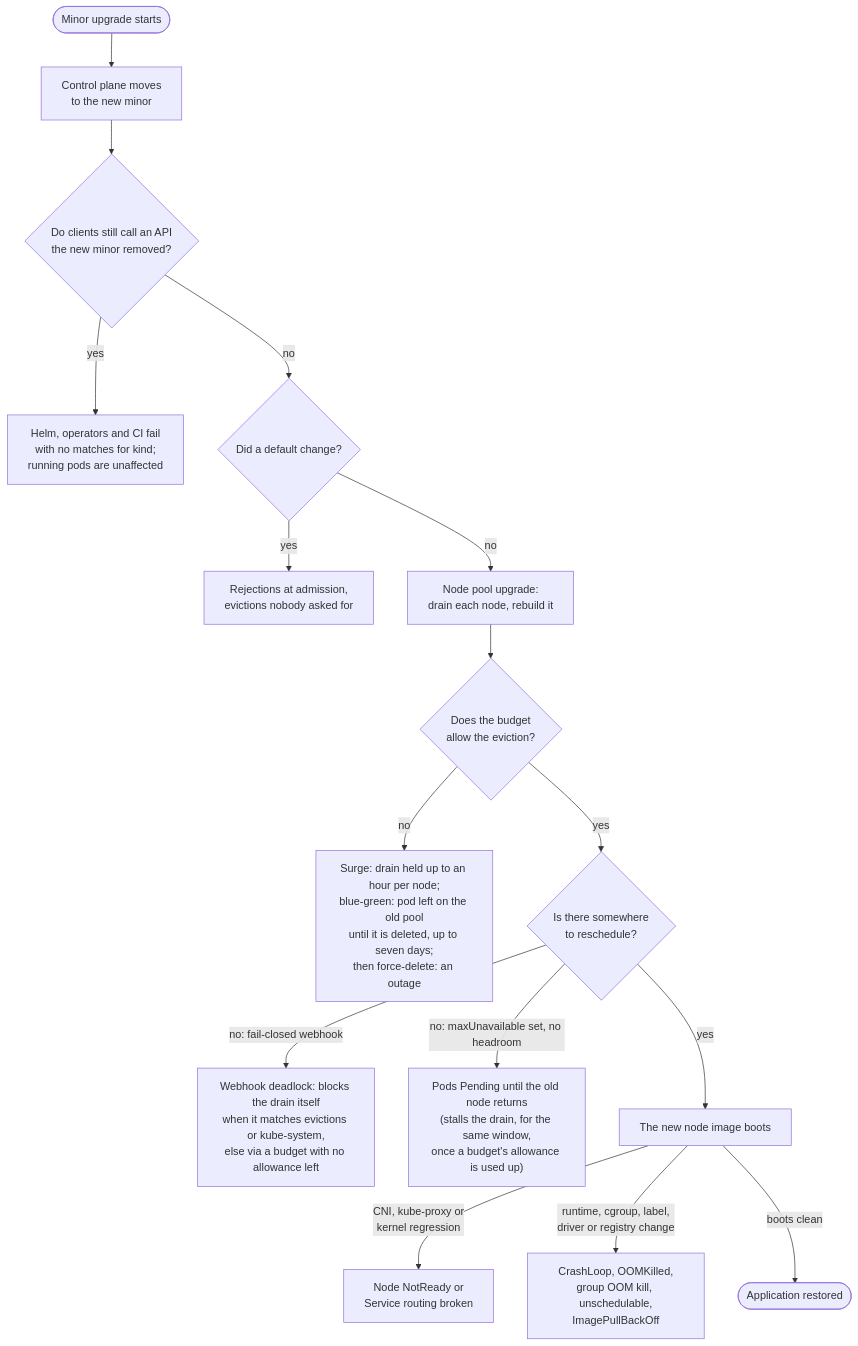
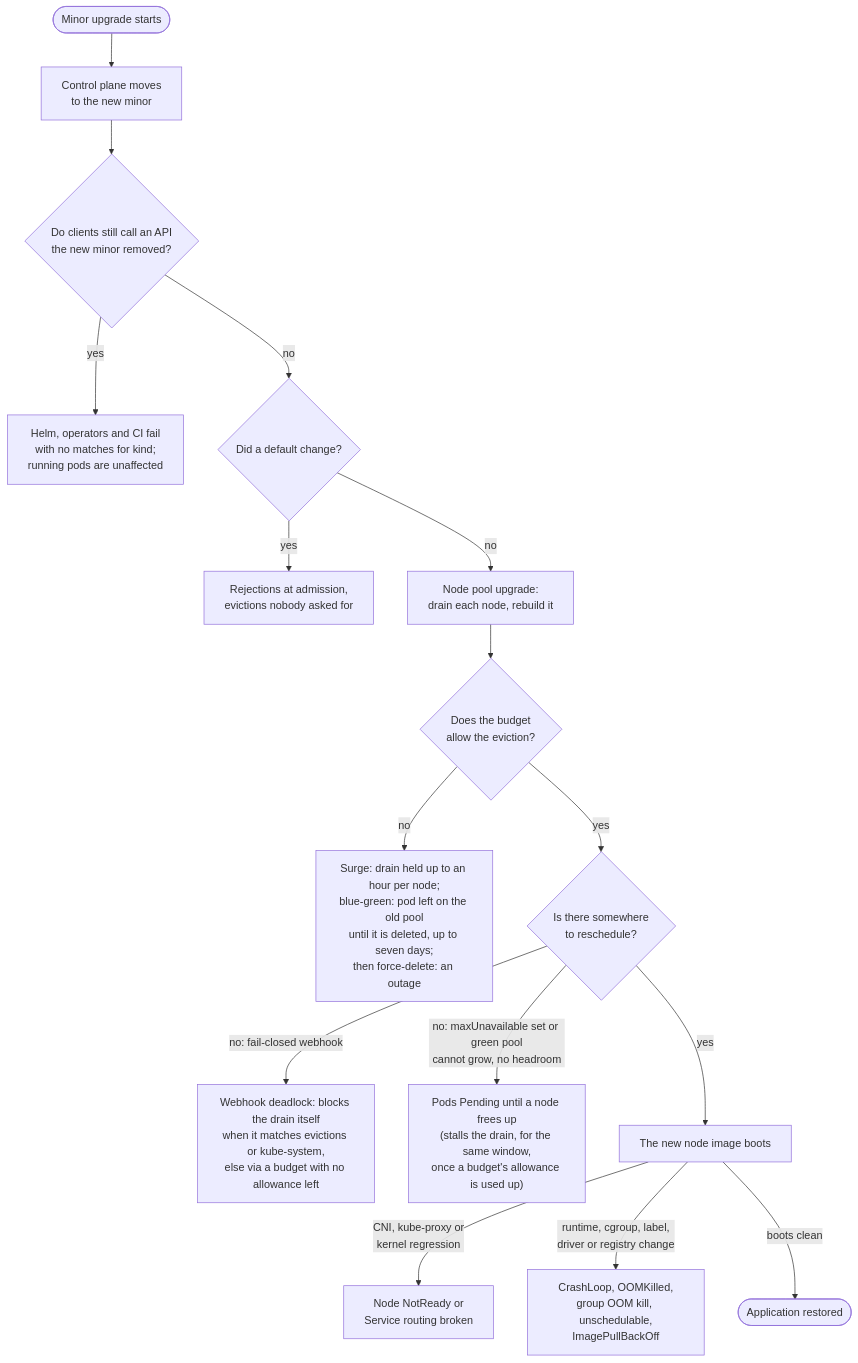
Before and after one commit to gke-labs/kube-agents: the diagram in docs/designs/upgrade-failure-catalogue.md, drawn with Mermaid. The commit also changed other lines of this file and 2 other files, not shown here.

First line of the commit message:
docs(designs): cover autoscaled blue-green in entries 1 and 2, and cite what the reproductions saw

````diff
--- a/docs/designs/upgrade-failure-catalogue.md
+++ b/docs/designs/upgrade-failure-catalogue.md
@@ -162,18 +166,18 @@
 ```mermaid
 flowchart TD
     Start([Minor upgrade starts]) --> CP[Control plane moves<br/>to the new minor]
     CP --> Removed{Do clients still call an API<br/>the new minor removed?}
     Removed -- yes --> APIDep["Helm, operators and CI fail<br/>with no matches for kind;<br/>running pods are unaffected"]
     Removed -- no --> Defaults{Did a default change?}
     Defaults -- yes --> Adm["Rejections at admission,<br/>evictions nobody asked for"]
     Defaults -- no --> Pool[Node pool upgrade:<br/>drain each node, rebuild it]
     Pool --> PDB{Does the budget<br/>allow the eviction?}
     PDB -- no --> Stall["Surge: drain held up to an hour per node;<br/>blue-green: pod left on the old pool<br/>until it is deleted, up to seven days;<br/>then force-delete: an outage"]
     PDB -- yes --> Room{Is there somewhere<br/>to reschedule?}
     Room -- "no: fail-closed webhook" --> Deadlock["Webhook deadlock: blocks the drain itself<br/>when it matches evictions or kube-system,<br/>else via a budget with no allowance left"]
-    Room -- "no: maxUnavailable set, no headroom" --> Pending["Pods Pending until the old node returns<br/>(stalls the drain, for the same window,<br/>once a budget's allowance is used up)"]
+    Room -- "no: maxUnavailable set or green pool<br/>cannot grow, no headroom" --> Pending["Pods Pending until a node frees up<br/>(stalls the drain, for the same window,<br/>once a budget's allowance is used up)"]
     Room -- yes --> Image[The new node image boots]
     Image -- "CNI, kube-proxy or<br/>kernel regression" --> Net[Node NotReady or<br/>Service routing broken]
     Image -- "runtime, cgroup, label,<br/>driver or registry change" --> Crash["CrashLoop, OOMKilled,<br/>group OOM kill, unschedulable,<br/>ImagePullBackOff"]
     Image -- boots clean --> OK([Application restored])
 ```
````
